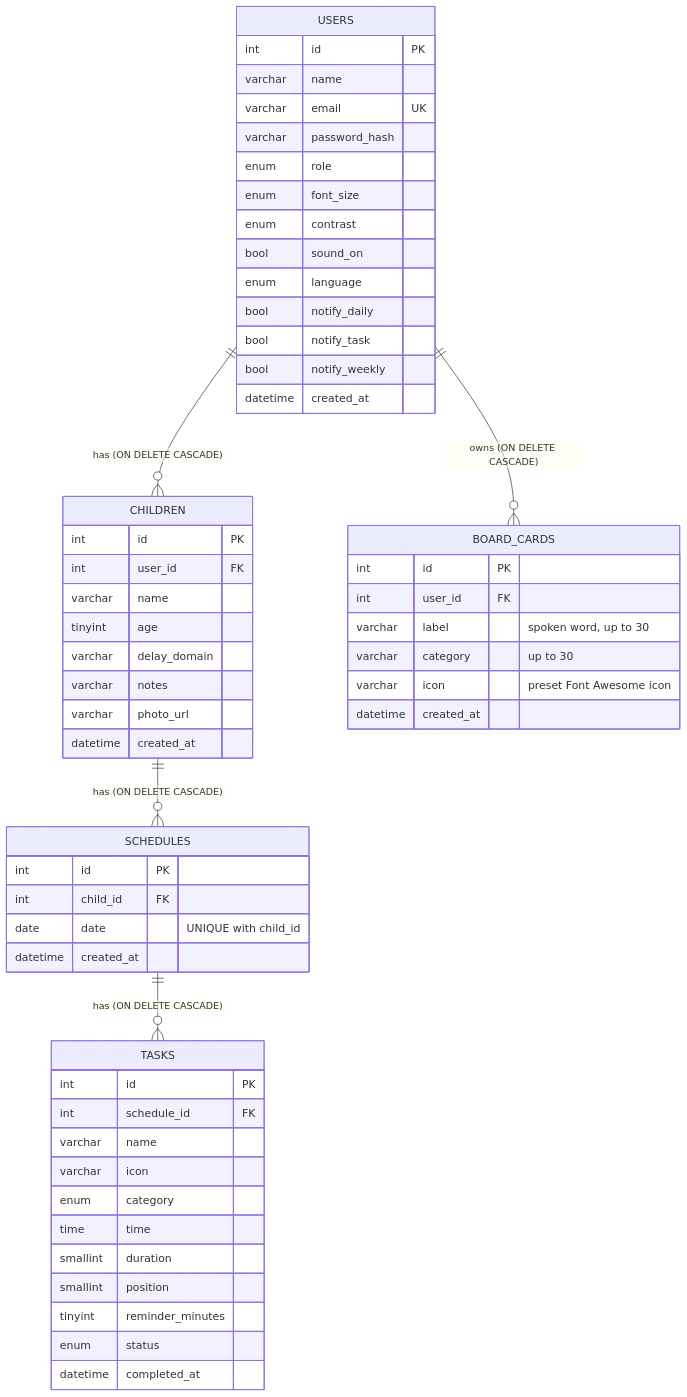
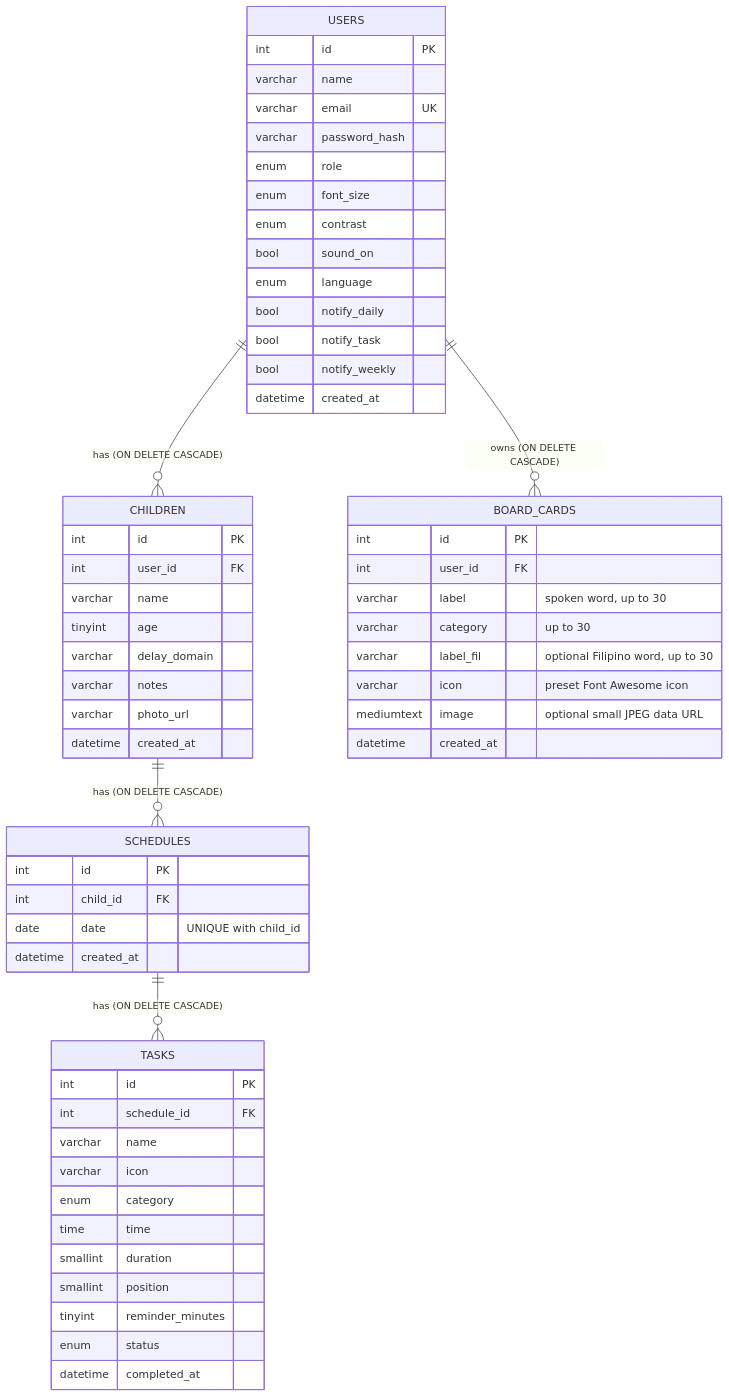
Before and after one commit to lance-molina/visual-schedule-management: the diagram in docs/erd.md, drawn with Mermaid. The commit also changed 42 other files, not shown here.

````diff
--- a/docs/erd.md
+++ b/docs/erd.md
@@ -6,60 +6,62 @@
 ```mermaid
 erDiagram
     USERS ||--o{ CHILDREN : "has (ON DELETE CASCADE)"
     CHILDREN ||--o{ SCHEDULES : "has (ON DELETE CASCADE)"
     SCHEDULES ||--o{ TASKS : "has (ON DELETE CASCADE)"
     USERS ||--o{ BOARD_CARDS : "owns (ON DELETE CASCADE)"
 
     USERS {
         int id PK
         varchar name
         varchar email UK
         varchar password_hash
         enum role
         enum font_size
         enum contrast
         bool sound_on
         enum language
         bool notify_daily
         bool notify_task
         bool notify_weekly
         datetime created_at
     }
     CHILDREN {
         int id PK
         int user_id FK
         varchar name
         tinyint age
         varchar delay_domain
         varchar notes
         varchar photo_url
         datetime created_at
     }
     SCHEDULES {
         int id PK
         int child_id FK
         date date "UNIQUE with child_id"
         datetime created_at
     }
     BOARD_CARDS {
         int id PK
         int user_id FK
         varchar label "spoken word, up to 30"
         varchar category "up to 30"
+        varchar label_fil "optional Filipino word, up to 30"
         varchar icon "preset Font Awesome icon"
+        mediumtext image "optional small JPEG data URL"
         datetime created_at
     }
     TASKS {
         int id PK
         int schedule_id FK
         varchar name
         varchar icon
         enum category
         time time
         smallint duration
         smallint position
         tinyint reminder_minutes
         enum status
         datetime completed_at
     }
 ```
````
